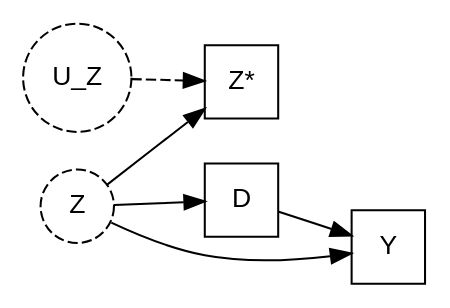
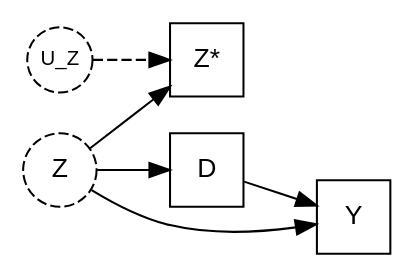
Before and after one commit to LondonMae/measurement-error-tutorial: the second of 2 diagrams in index.qmd, drawn with Graphviz. The commit also changed other lines of this file, not shown here.

Commit message:
update nodes in DAGs

````diff
--- a/index.qmd
+++ b/index.qmd
@@ -410,19 +410,19 @@
 ```{dot}
 //| label: fig-dag-conditioning-me
 //| fig-cap: "ME in a conditioning variable. Z is the true (unobserved) confounder; Z* is the observed proxy. Conditioning on Z* instead of Z leaves the backdoor path D ← Z → Y partially open."
 //| fig-height: 2.2
 digraph {
   rankdir=LR
   node [fontname="Helvetica" fontsize=13]
   Z     [shape=circle style=dashed]
   Zstar [shape=square  label="Z*"]
-  UZ    [shape=circle  style=dashed label="U_Z"]
+  UZ    [shape=circle  style=dashed label="U_Z" width=0.45 height=0.45 fixedsize=true fontsize=10]
   D     [shape=square]
   Y     [shape=square]
   Z -> D
   Z -> Y
   Z -> Zstar
   UZ -> Zstar [style=dashed]
   D -> Y
 }
 ```
````
